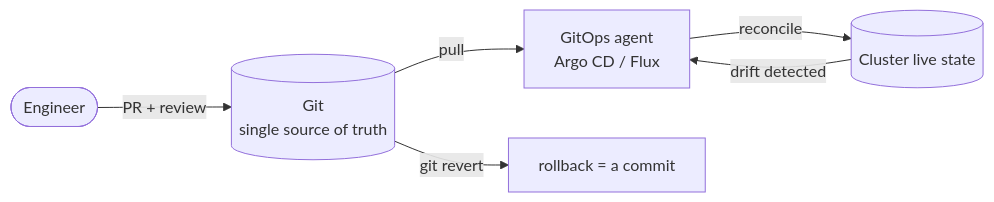
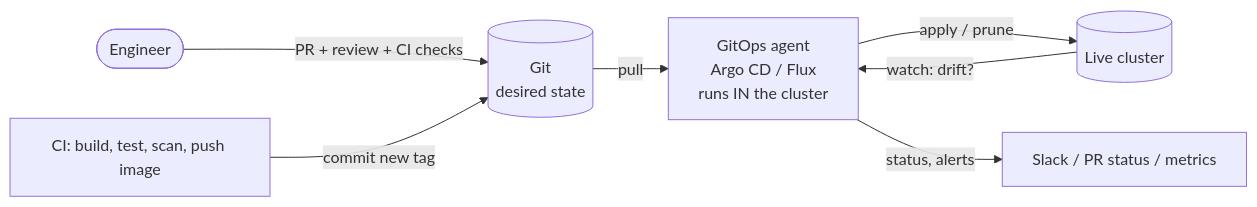
The first of 3 diagrams in notes-viewer/public/static-notes/GitOps.md (aadarsh-nagrath/DevOps-Cloud), drawn with Mermaid before and after one commit. The commit also changed other lines of this file and 34 other files, not shown here.

````diff
--- a/notes-viewer/public/static-notes/GitOps.md
+++ b/notes-viewer/public/static-notes/GitOps.md
@@ -39,8 +33,9 @@
 ```mermaid
 flowchart LR
-    DEV([Engineer]) -->|PR + review| GIT[(Git<br/>single source of truth)]
-    GIT -->|pull| AGENT[GitOps agent<br/>Argo CD / Flux]
-    AGENT -->|reconcile| CL[(Cluster live state)]
-    CL -->|drift detected| AGENT
-    GIT -->|git revert| RB[rollback = a commit]
+    DEV([Engineer]) -->|PR + review + CI checks| GIT[(Git<br/>desired state)]
+    CI[CI: build, test, scan, push image] -->|commit new tag| GIT
+    GIT -->|pull| AGENT[GitOps agent<br/>Argo CD / Flux<br/>runs IN the cluster]
+    AGENT -->|apply / prune| CL[(Live cluster)]
+    CL -->|watch: drift?| AGENT
+    AGENT -->|status, alerts| N[Slack / PR status / metrics]
 ```
````
